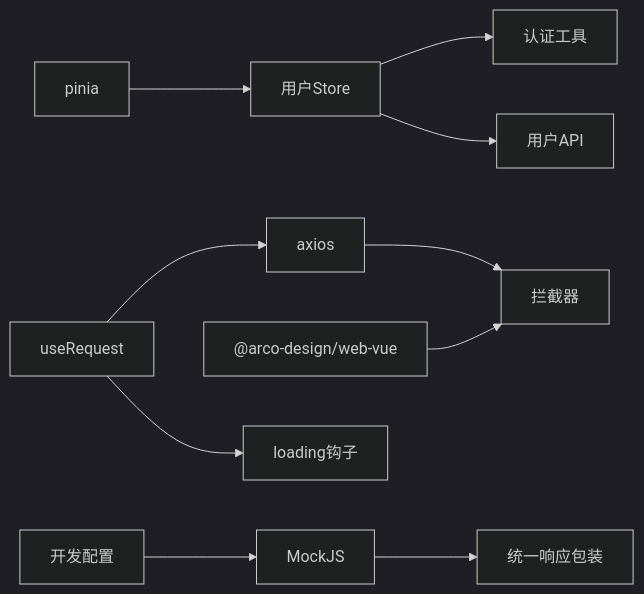
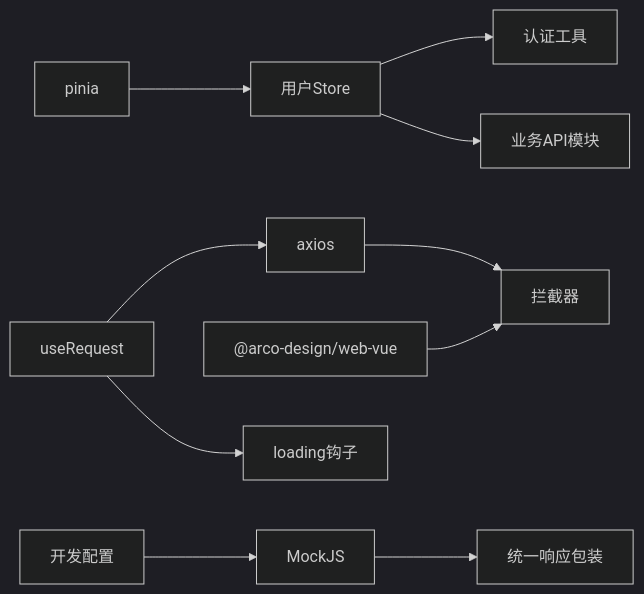
The eighth of 8 diagrams in .qoder/repowiki/zh/content/API接口层/API接口层.md (wuwuseo/e-sports-go-admin-web), drawn with Mermaid (dark theme) before and after one commit. The commit also changed other lines of this file and 7 other files, not shown here.

````diff
--- a/.qoder/repowiki/zh/content/API接口层/API接口层.md
+++ b/.qoder/repowiki/zh/content/API接口层/API接口层.md
@@ -395,12 +477,12 @@
 ```mermaid
 graph LR
 Axios["axios"] --> Inter["拦截器"]
 Arco["@arco-design/web-vue"] --> Inter
 Pinia["pinia"] --> UserStore["用户Store"]
 UserStore --> Auth["认证工具"]
-UserStore --> APIs["用户API"]
+UserStore --> APIs["业务API模块"]
 Hook["useRequest"] --> Axios
 Hook --> Loading["loading钩子"]
 Mock["MockJS"] --> Setup["统一响应包装"]
 DevCfg["开发配置"] --> Mock
 ```
````
